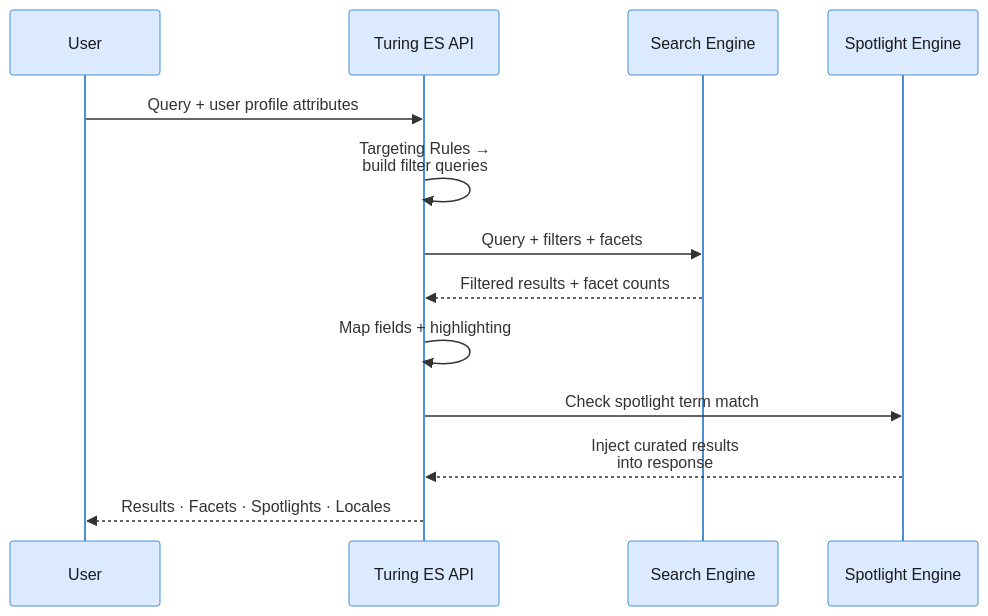
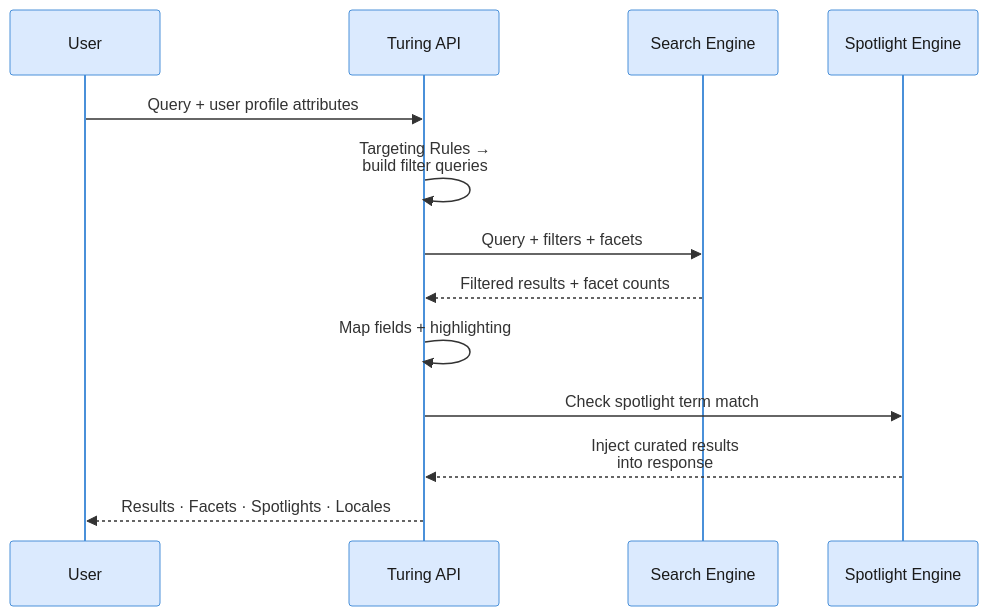
The second of 2 diagrams in docs-turing/getting-started/core-concepts.md (openviglet/docs), drawn with Mermaid before and after one commit. The commit also changed other lines of this file and 157 other files, not shown here.

````diff
--- a/docs-turing/getting-started/core-concepts.md
+++ b/docs-turing/getting-started/core-concepts.md
@@ -85,17 +85,17 @@
 ```mermaid
 %%{init: {'theme': 'base', 'themeVariables': {'fontSize': '13px', 'actorBkg': '#dbeafe', 'actorBorder': '#4A90D9', 'actorTextColor': '#1a1a1a', 'activationBkgColor': '#ede9fe', 'activationBorderColor': '#9B6EC5', 'labelBoxBkgColor': '#fef3c7', 'labelBoxBorderColor': '#E8A838', 'labelTextColor': '#1a1a1a', 'noteBkgColor': '#dcfce7', 'noteBorderColor': '#50B86C', 'noteTextColor': '#1a1a1a', 'signalColor': '#333', 'signalTextColor': '#333'}}}%%
 sequenceDiagram
     participant U as User
-    participant API as Turing ES API
+    participant API as Turing API
     participant S as Search Engine
     participant SP as Spotlight Engine
 
     U->>API: Query + user profile attributes
     API->>API: Targeting Rules →<br/>build filter queries
     API->>S: Query + filters + facets
     S-->>API: Filtered results + facet counts
     API->>API: Map fields + highlighting
     API->>SP: Check spotlight term match
     SP-->>API: Inject curated results<br/>into response
     API-->>U: Results · Facets · Spotlights · Locales
 ```
````
